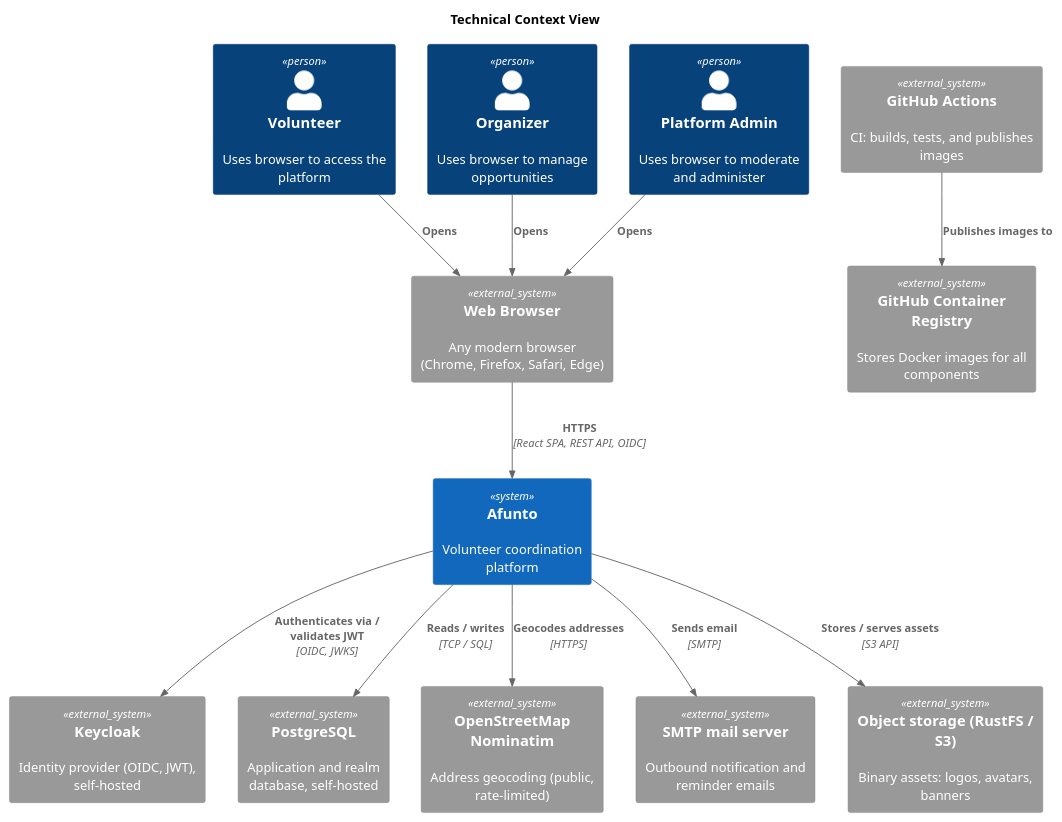
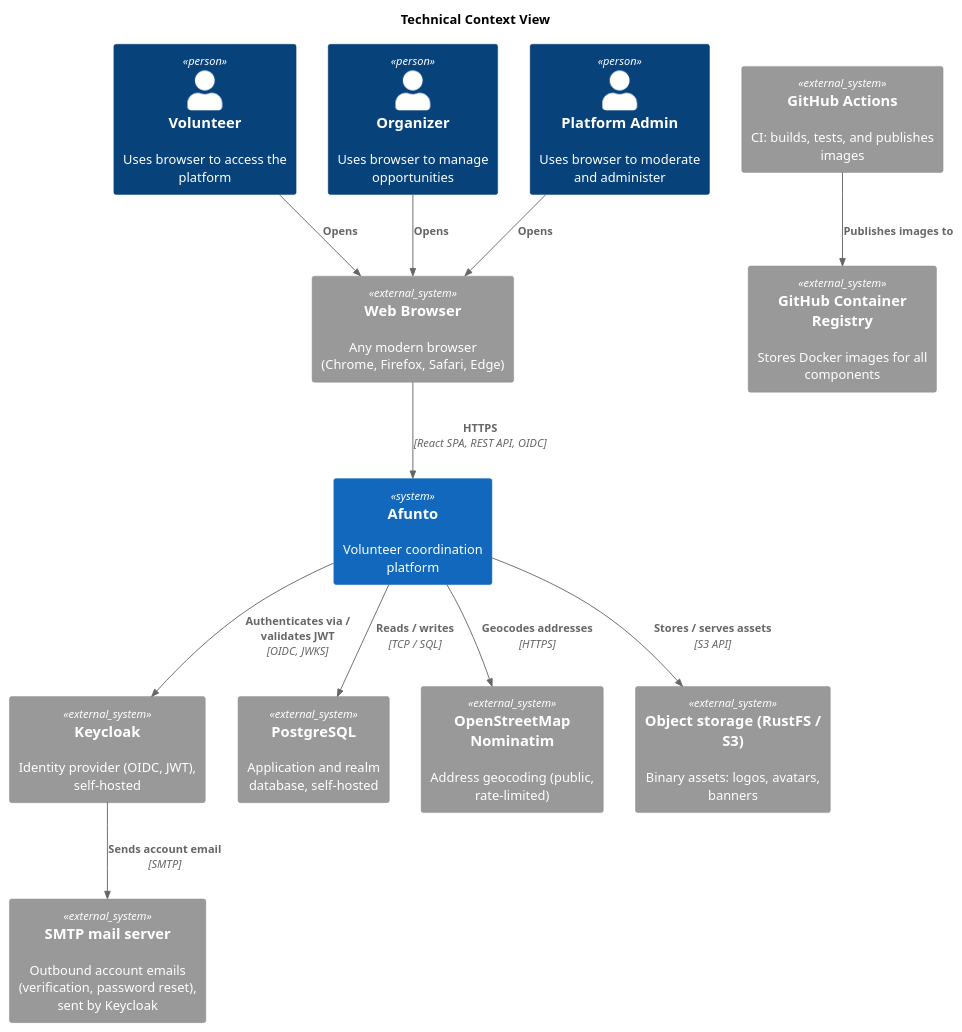
The diagram in docs/Architecture/images/technical-context.puml (maik-hasler/afunto), drawn with PlantUML before and after one commit. The commit also changed 165 other files, not shown here.

```diff
--- a/docs/Architecture/images/technical-context.puml
+++ b/docs/Architecture/images/technical-context.puml
@@ -1,33 +1,33 @@
 @startuml Technical Context
 
 !include <C4/C4_Context>
 
 title Technical Context View
 
 Person(volunteer, "Volunteer", "Uses browser to access the platform")
 Person(organizer, "Organizer", "Uses browser to manage opportunities")
 Person(admin, "Platform Admin", "Uses browser to moderate and administer")
 
 System(afunto, "Afunto", "Volunteer coordination platform")
 
 System_Ext(browser, "Web Browser", "Any modern browser (Chrome, Firefox, Safari, Edge)")
 System_Ext(ghcr, "GitHub Container Registry", "Stores Docker images for all components")
 System_Ext(github_actions, "GitHub Actions", "CI: builds, tests, and publishes images")
 System_Ext(keycloak, "Keycloak", "Identity provider (OIDC, JWT), self-hosted")
 System_Ext(postgres, "PostgreSQL", "Application and realm database, self-hosted")
 System_Ext(nominatim, "OpenStreetMap Nominatim", "Address geocoding (public, rate-limited)")
-System_Ext(smtp, "SMTP mail server", "Outbound notification and reminder emails")
+System_Ext(smtp, "SMTP mail server", "Outbound account emails (verification, password reset), sent by Keycloak")
 System_Ext(objectstore, "Object storage (RustFS / S3)", "Binary assets: logos, avatars, banners")
 
 Rel(volunteer, browser, "Opens")
 Rel(organizer, browser, "Opens")
 Rel(admin, browser, "Opens")
 Rel(browser, afunto, "HTTPS", "React SPA, REST API, OIDC")
 Rel(github_actions, ghcr, "Publishes images to")
 Rel(afunto, keycloak, "Authenticates via / validates JWT", "OIDC, JWKS")
 Rel(afunto, postgres, "Reads / writes", "TCP / SQL")
 Rel(afunto, nominatim, "Geocodes addresses", "HTTPS")
-Rel(afunto, smtp, "Sends email", "SMTP")
+Rel(keycloak, smtp, "Sends account email", "SMTP")
 Rel(afunto, objectstore, "Stores / serves assets", "S3 API")
 
 @enduml
```
